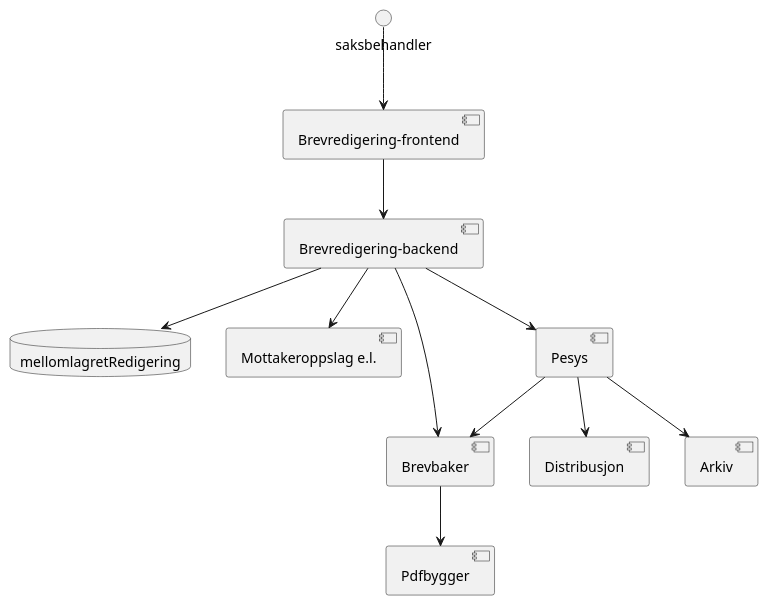
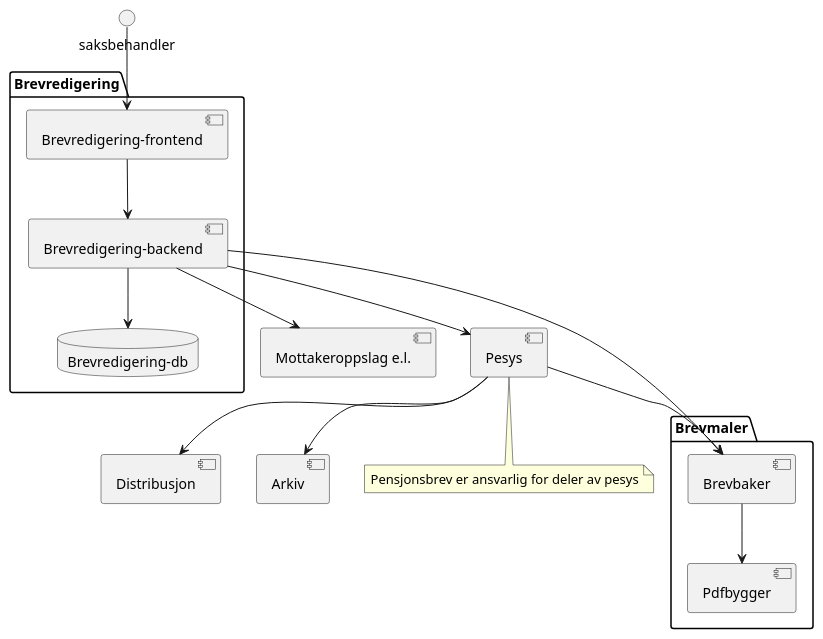
Before and after one commit to navikt/pensjonsbrev: the second of 2 diagrams in docs/arkitektur.adoc, drawn with PlantUML. The commit also changed 15 other files, not shown here.

Commit message:
PL-6028: Legg til initielt oppset av brevredigering-backend

```diff
--- a/docs/arkitektur.adoc
+++ b/docs/arkitektur.adoc
@@ -63,15 +63,27 @@
 [plantuml, target=img/planlagt-arkitektur, format=svg]
 ....
+package Brevmaler {
+    [Brevbaker]
+    [Pdfbygger]
+}
+package Brevredigering {
+    [Brevredigering-frontend]
+    [Brevredigering-backend]
+    database "Brevredigering-db" as mellomlagretRedigering
+}
 saksbehandler --> [Brevredigering-frontend]
 [Brevredigering-frontend] --> [Brevredigering-backend]
 [Brevredigering-backend] --> mellomlagretRedigering
 [Brevredigering-backend] --> [Mottakeroppslag e.l.]
 [Brevredigering-backend] --> [Brevbaker]
 [Brevredigering-backend] --> [Pesys]
 [Pesys] --> [Brevbaker]
 [Pesys] --> [Distribusjon]
 [Pesys] --> [Arkiv]
-database "Brevredigering-db" as mellomlagretRedigering{
-}
 [Brevbaker] --> [Pdfbygger]
+note as pesysansvar
+    Pensjonsbrev er ansvarlig for deler av pesys
+end note
+[Pesys]..pesysansvar
+
 ....
```
